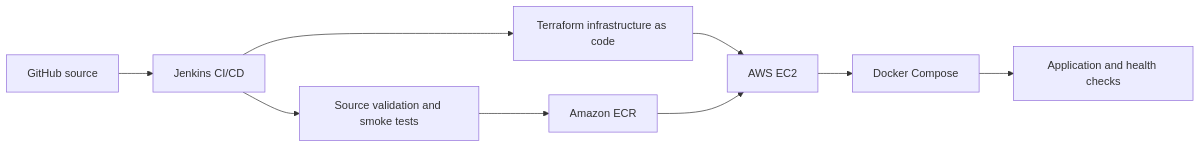
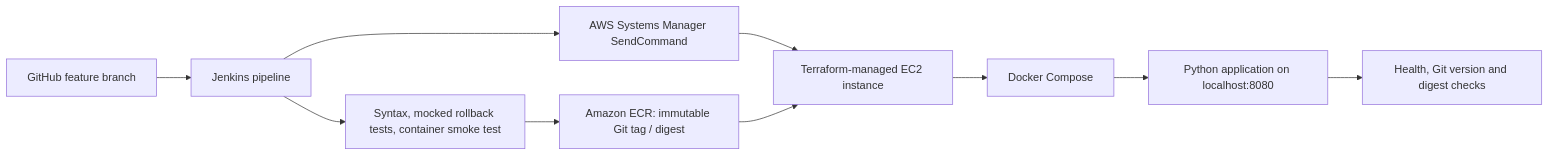
One commit to asambataiden/twn-capstone-03-complete-cicd-terraform changed the diagram in README.md. Above: the diagram before and after it, drawn with Mermaid. The commit also changed other lines of this file, not shown here.

Commit message:
docs(capstone-03): document verified CI/CD release, rollback tests and learning outcomes

````diff
--- a/README.md
+++ b/README.md
@@ -15,11 +13,12 @@
 ```mermaid
 flowchart LR
-    GitHub[GitHub source] --> Jenkins[Jenkins CI/CD]
-    Jenkins --> Tests[Source validation and smoke tests]
-    Tests --> Registry[Amazon ECR]
-    Jenkins --> Terraform[Terraform infrastructure as code]
-    Terraform --> EC2[AWS EC2]
-    Registry --> EC2
+    GitHub[GitHub feature branch] --> Jenkins[Jenkins pipeline]
+    Jenkins --> Checks[Syntax, mocked rollback tests, container smoke test]
+    Checks --> ECR[Amazon ECR: immutable Git tag / digest]
+    Jenkins --> SSM[AWS Systems Manager SendCommand]
+    SSM --> EC2[Terraform-managed EC2 instance]
+    ECR --> EC2
     EC2 --> Compose[Docker Compose]
-    Compose --> App[Application and health checks]
+    Compose --> App[Python application on localhost:8080]
+    App --> Verify[Health, Git version and digest checks]
 ```
````
